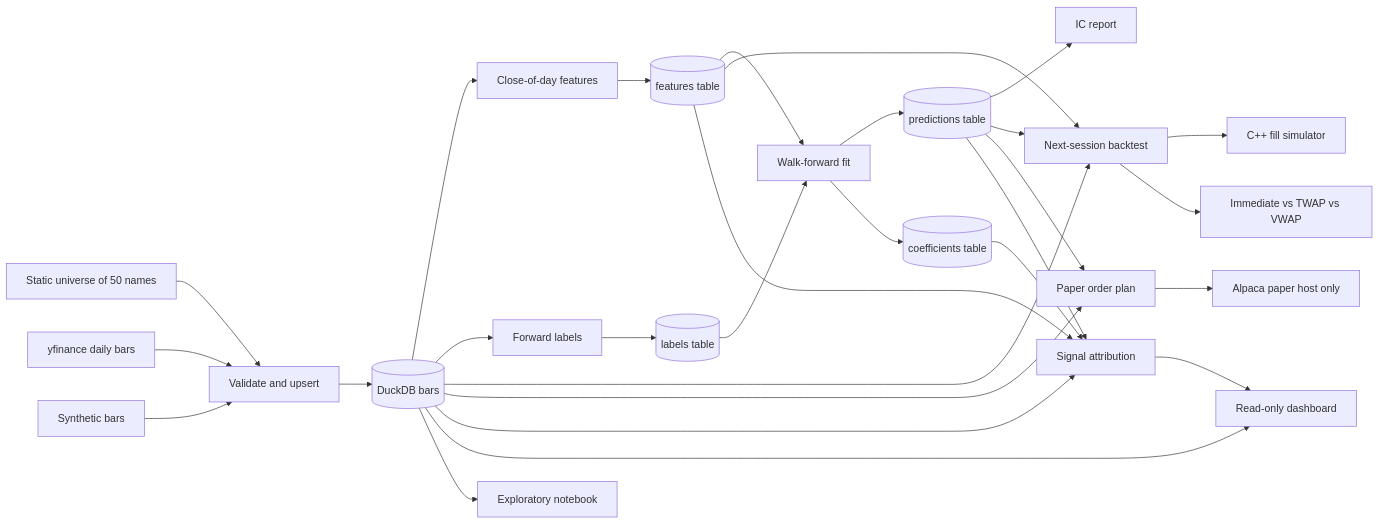
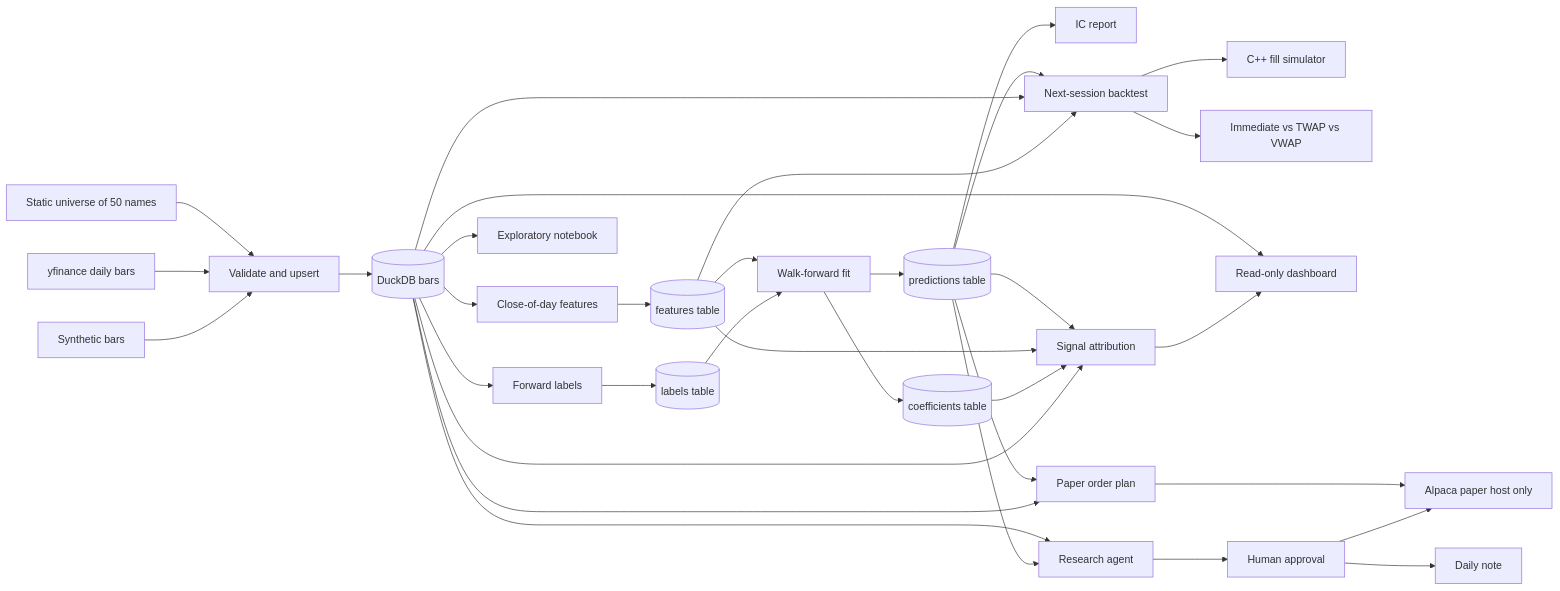
The diagram in docs/DESIGN_DECISIONS.md (julianthant/driftwood), drawn with Mermaid before and after one commit. The commit also changed other lines of this file and 3 other files, not shown here.

Commit message:
docs: explain the approval gate and the daily note

````diff
--- a/docs/DESIGN_DECISIONS.md
+++ b/docs/DESIGN_DECISIONS.md
@@ -22,53 +22,61 @@
 ```mermaid
 flowchart LR
   universe[Static universe of 50 names]
   yfinance[yfinance daily bars]
   synthetic[Synthetic bars]
   ingest[Validate and upsert]
   bars[(DuckDB bars)]
   featfn[Close-of-day features]
   labelfn[Forward labels]
   features[(features table)]
   labels[(labels table)]
   train[Walk-forward fit]
   predictions[(predictions table)]
   report[IC report]
   sim[C++ fill simulator]
   backtest[Next-session backtest]
   compare[Immediate vs TWAP vs VWAP]
   coef[(coefficients table)]
   paper[Paper order plan]
   gate[Alpaca paper host only]
   attr[Signal attribution]
   dash[Read-only dashboard]
+  agent[Research agent]
+  human[Human approval]
+  note[Daily note]
   notebook[Exploratory notebook]
 
   universe --> ingest
   yfinance --> ingest
   synthetic --> ingest
   ingest --> bars
   bars --> featfn
   bars --> labelfn
   featfn --> features
   labelfn --> labels
   features --> train
   labels --> train
   train --> predictions
   train --> coef
   predictions --> report
   predictions --> backtest
   bars --> backtest
   features --> backtest
   backtest --> sim
   backtest --> compare
   predictions --> paper
   bars --> paper
   paper --> gate
   predictions --> attr
   features --> attr
   coef --> attr
   bars --> attr
   bars --> dash
   attr --> dash
+  bars --> agent
+  predictions --> agent
+  agent --> human
+  human --> note
+  human --> gate
   bars --> notebook
 ```
````
